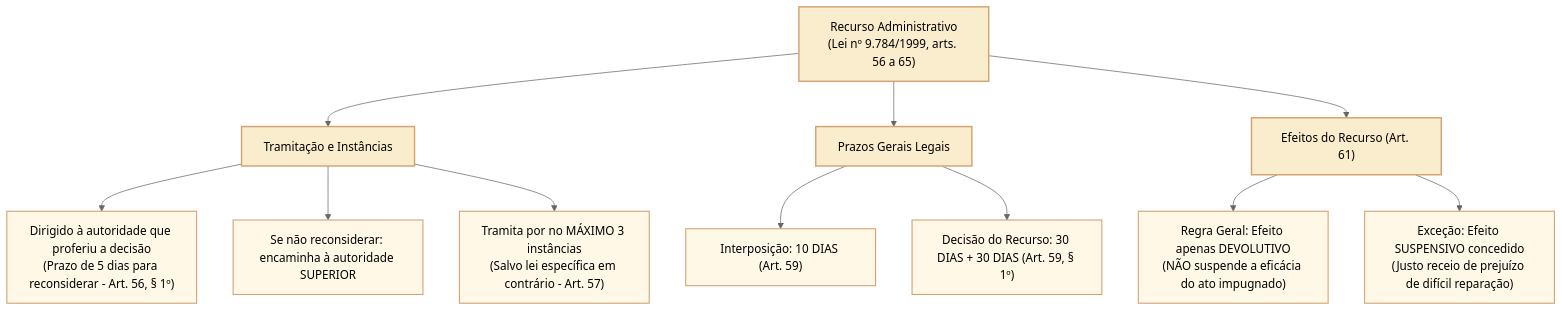
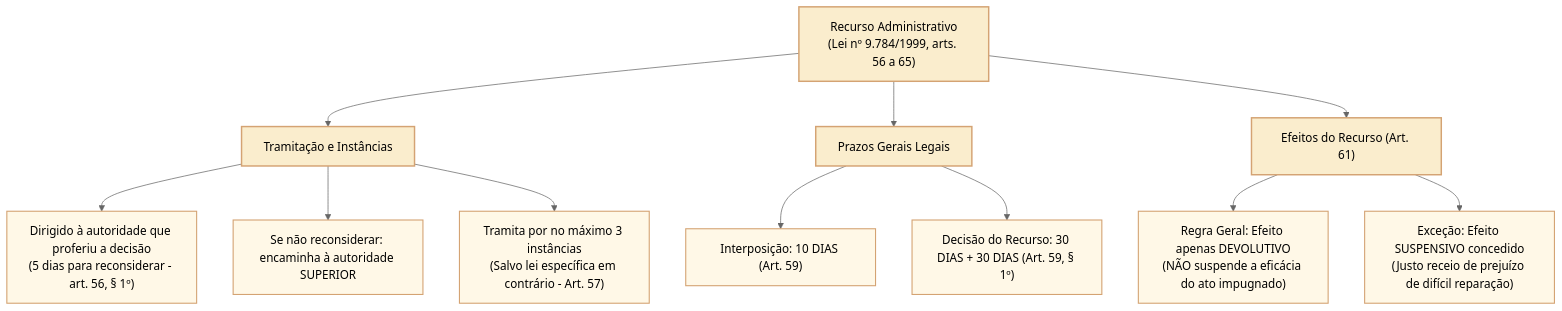
Before and after one commit to leorruas/concursos: the third of 4 diagrams in 3 - Materias/Direito Administrativo/26 - lei 9784 impedimento suspeicao motivacao e recursos.md, drawn with Mermaid (neutral theme). The commit also changed other lines of this file, not shown here.

Commit message:
docs(camara): explicar Lei 9784 em linguagem simples e corrigir art 50

````diff
--- a/3 - Materias/Direito Administrativo/26 - lei 9784 impedimento suspeicao motivacao e recursos.md
+++ b/3 - Materias/Direito Administrativo/26 - lei 9784 impedimento suspeicao motivacao e recursos.md
@@ -122,21 +127,21 @@
 ```mermaid
 flowchart TD
     classDef raiz fill:#faedcd,stroke:#d4a373,stroke-width:2px,color:#000000;
     classDef criterio fill:#faedcd,stroke:#d4a373,stroke-width:2px,color:#000000;
     classDef opcao fill:#fff8e7,stroke:#d4a373,stroke-width:1.5px,color:#000000;
 
     REC["Recurso Administrativo<br>(Lei nº 9.784/1999, arts. 56 a 65)"]:::raiz
     
     REC --> TRAM["Tramitação e Instâncias"]:::criterio
-    TRAM --> DIRIG["Dirigido à autoridade que proferiu a decisão<br>(Prazo de 5 dias para reconsiderar - Art. 56, § 1º)"]:::opcao
+    TRAM --> DIRIG["Dirigido à autoridade que proferiu a decisão<br>(5 dias para reconsiderar - art. 56, § 1º)"]:::opcao
     TRAM --> ENCAM["Se não reconsiderar: encaminha à autoridade SUPERIOR"]:::opcao
-    TRAM --> INST["Tramita por no MÁXIMO 3 instâncias<br>(Salvo lei específica em contrário - Art. 57)"]:::opcao
+    TRAM --> INST["Tramita por no máximo 3 instâncias<br>(Salvo lei específica em contrário - Art. 57)"]:::opcao
     
     REC --> PRAZ["Prazos Gerais Legais"]:::criterio
     PRAZ --> INTERP["Interposição: 10 DIAS (Art. 59)"]:::opcao
     PRAZ --> JULGA["Decisão do Recurso: 30 DIAS + 30 DIAS (Art. 59, § 1º)"]:::opcao
     
     REC --> EFET["Efeitos do Recurso (Art. 61)"]:::raiz
     EFET --> DEVOL["Regra Geral: Efeito apenas DEVOLUTIVO<br>(NÃO suspende a eficácia do ato impugnado)"]:::opcao
     EFET --> SUSPE["Exceção: Efeito SUSPENSIVO concedido<br>(Justo receio de prejuízo de difícil reparação)"]:::opcao
 ```
````
